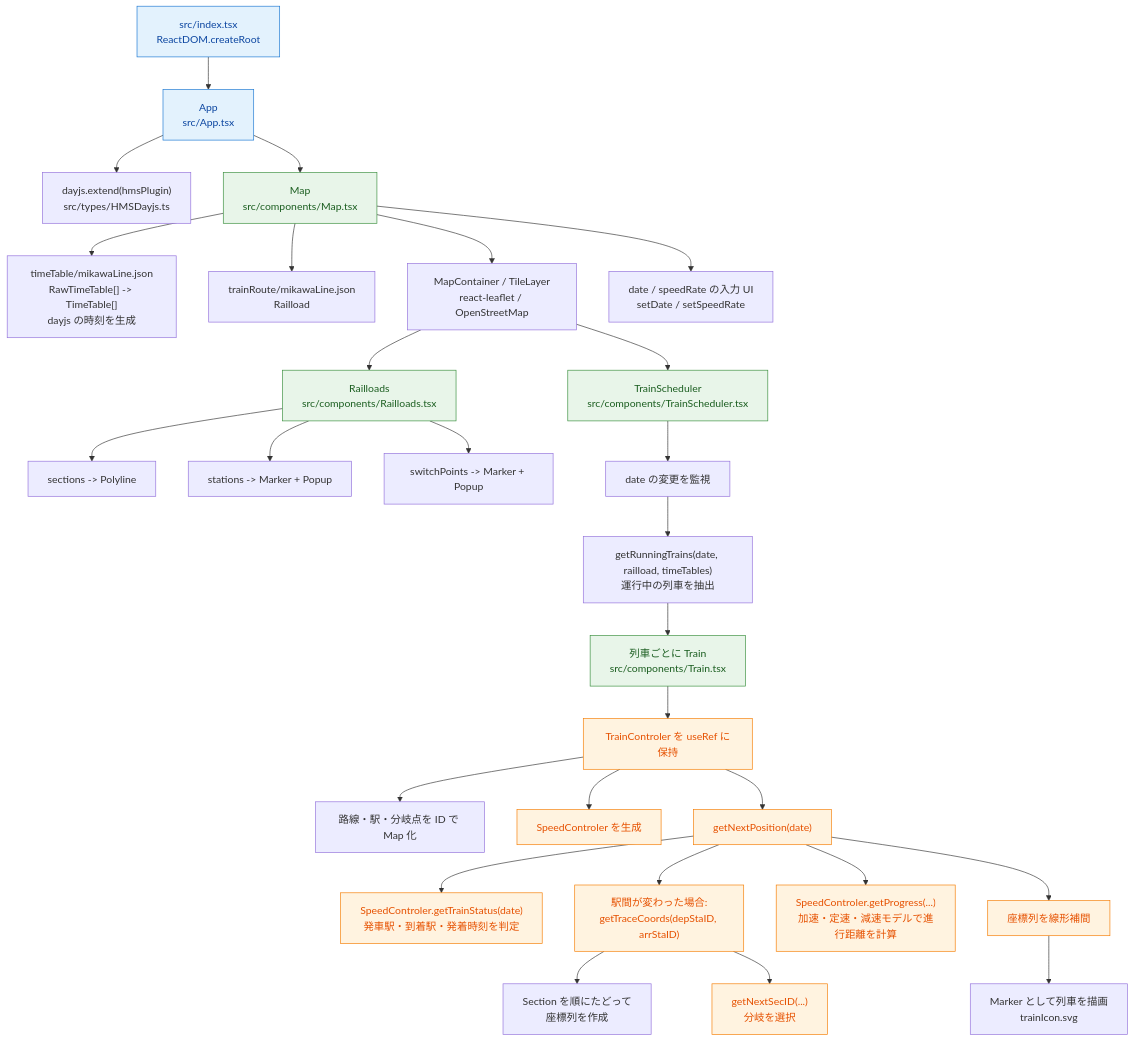
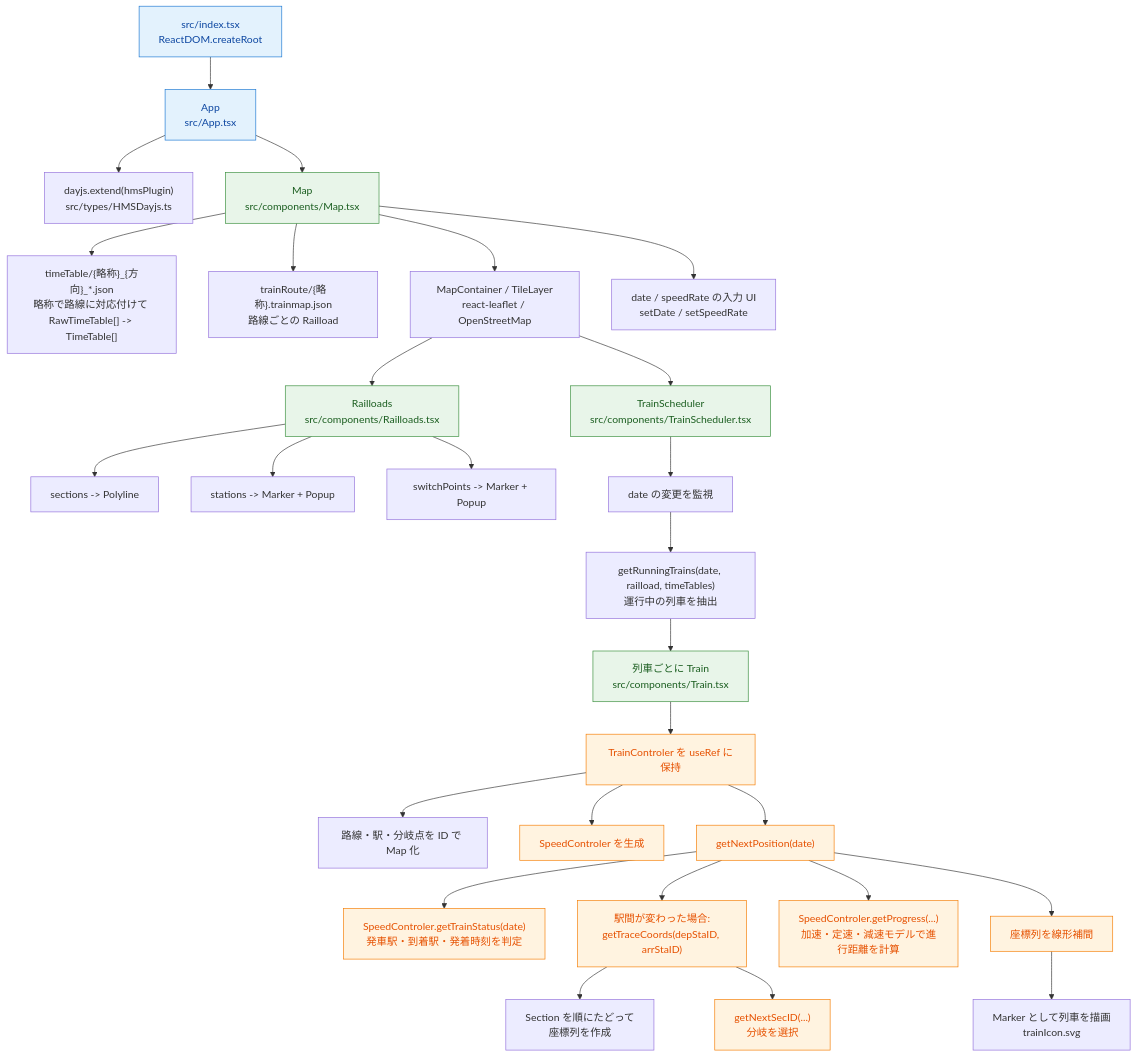
One commit to YugoNakamura/trainMap changed the diagram in README.md. Above: the diagram before and after it, drawn with Mermaid. The commit also changed other lines of this file and 7 other files, not shown here.

````diff
--- a/README.md
+++ b/README.md
@@ -43,41 +43,41 @@
 ```mermaid
 flowchart TD
   index["src/index.tsx<br/>ReactDOM.createRoot"] --> app["App<br/>src/App.tsx"]
   app --> plugin["dayjs.extend(hmsPlugin)<br/>src/types/HMSDayjs.ts"]
   app --> map["Map<br/>src/components/Map.tsx"]
 
-  map --> timetable["timeTable/mikawaLine.json<br/>RawTimeTable[] -> TimeTable[]<br/>dayjs の時刻を生成"]
-  map --> raildata["trainRoute/mikawaLine.json<br/>Railload"]
+  map --> timetable["timeTable/{略称}_{方向}_*.json<br/>略称で路線に対応付けて RawTimeTable[] -> TimeTable[]"]
+  map --> raildata["trainRoute/{略称}.trainmap.json<br/>路線ごとの Railload"]
   map --> leaflet["MapContainer / TileLayer<br/>react-leaflet / OpenStreetMap"]
   map --> controls["date / speedRate の入力 UI<br/>setDate / setSpeedRate"]
 
   leaflet --> rails["Railloads<br/>src/components/Railloads.tsx"]
   rails --> sections["sections -> Polyline"]
   rails --> stations["stations -> Marker + Popup"]
   rails --> switches["switchPoints -> Marker + Popup"]
 
   leaflet --> scheduler["TrainScheduler<br/>src/components/TrainScheduler.tsx"]
   scheduler --> watch["date の変更を監視"]
   watch --> running["getRunningTrains(date, railload, timeTables)<br/>運行中の列車を抽出"]
   running --> train["列車ごとに Train<br/>src/components/Train.tsx"]
 
   train --> controller["TrainControler を useRef に保持"]
   controller --> maps["路線・駅・分岐点を ID で Map 化"]
   controller --> speed["SpeedControler を生成"]
   controller --> nextpos["getNextPosition(date)"]
 
   nextpos --> status["SpeedControler.getTrainStatus(date)<br/>発車駅・到着駅・発着時刻を判定"]
   nextpos --> trace["駅間が変わった場合:<br/>getTraceCoords(depStaID, arrStaID)"]
   trace --> tracecoords["Section を順にたどって<br/>座標列を作成"]
   trace --> branch["getNextSecID(...)<br/>分岐を選択"]
   nextpos --> progress["SpeedControler.getProgress(...)<br/>加速・定速・減速モデルで進行距離を計算"]
   nextpos --> interpolation["座標列を線形補間"]
   interpolation --> marker["Marker として列車を描画<br/>trainIcon.svg"]
 
   classDef entry fill:#e3f2fd,stroke:#1976d2,color:#0d47a1
   classDef component fill:#e8f5e9,stroke:#388e3c,color:#1b5e20
   classDef calculation fill:#fff3e0,stroke:#f57c00,color:#e65100
   class index,app entry
   class map,rails,scheduler,train component
   class controller,speed,nextpos,status,trace,branch,progress,interpolation calculation
 ```
````
